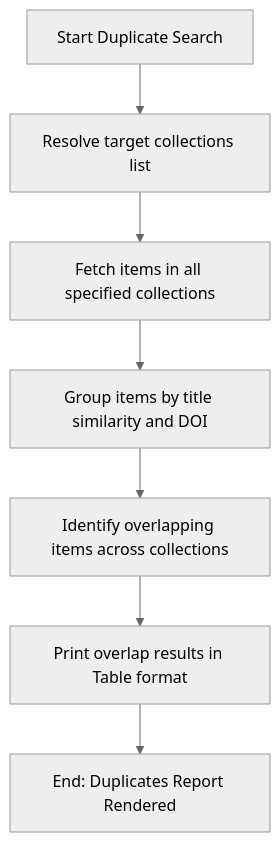
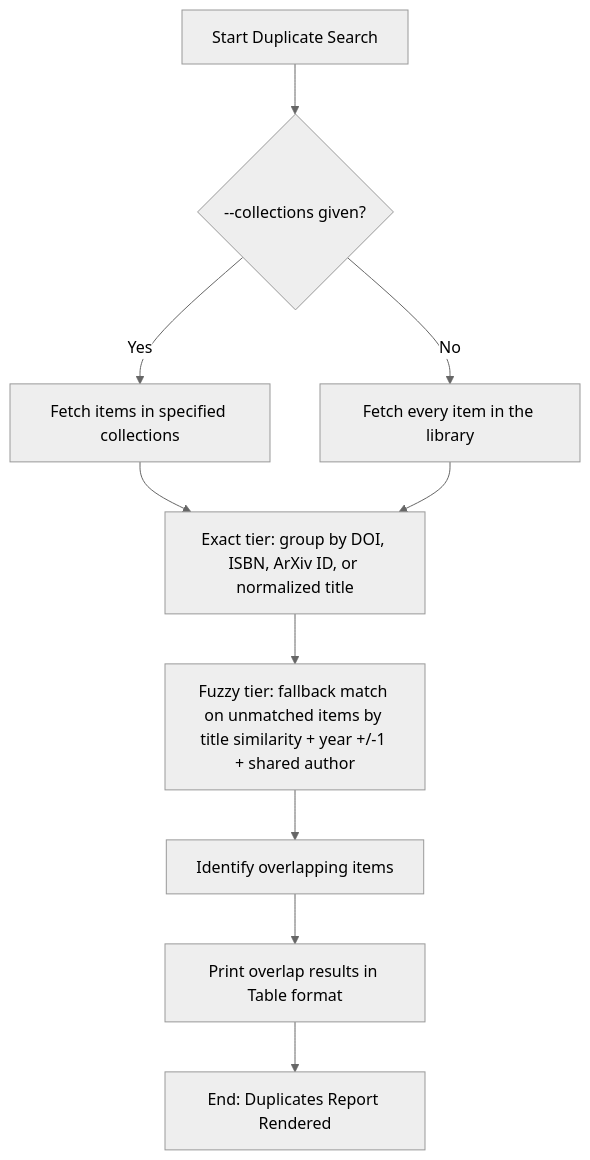
The diagram in docs/help_specs/report_duplicates.md (fchicout/zotero-cli), drawn with Mermaid (neutral theme) before and after one commit. The commit also changed other lines of this file and 7 other files, not shown here.

````diff
--- a/docs/help_specs/report_duplicates.md
+++ b/docs/help_specs/report_duplicates.md
@@ -8,9 +8,12 @@
 ```mermaid
 graph TD
-    A["Start Duplicate Search"] --> B["Resolve target collections list"]
-    B --> C["Fetch items in all specified collections"]
-    C --> D["Group items by title similarity and DOI"]
-    D --> E["Identify overlapping items across collections"]
-    E --> F["Print overlap results in Table format"]
-    F --> G["End: Duplicates Report Rendered"]
+    A["Start Duplicate Search"] --> B{"--collections given?"}
+    B -->|Yes| C["Fetch items in specified collections"]
+    B -->|No| C2["Fetch every item in the library"]
+    C --> D["Exact tier: group by DOI, ISBN, ArXiv ID, or normalized title"]
+    C2 --> D
+    D --> E["Fuzzy tier: fallback match on unmatched items by title similarity + year +/-1 + shared author"]
+    E --> F["Identify overlapping items"]
+    F --> G["Print overlap results in Table format"]
+    G --> H["End: Duplicates Report Rendered"]
 ```
````
